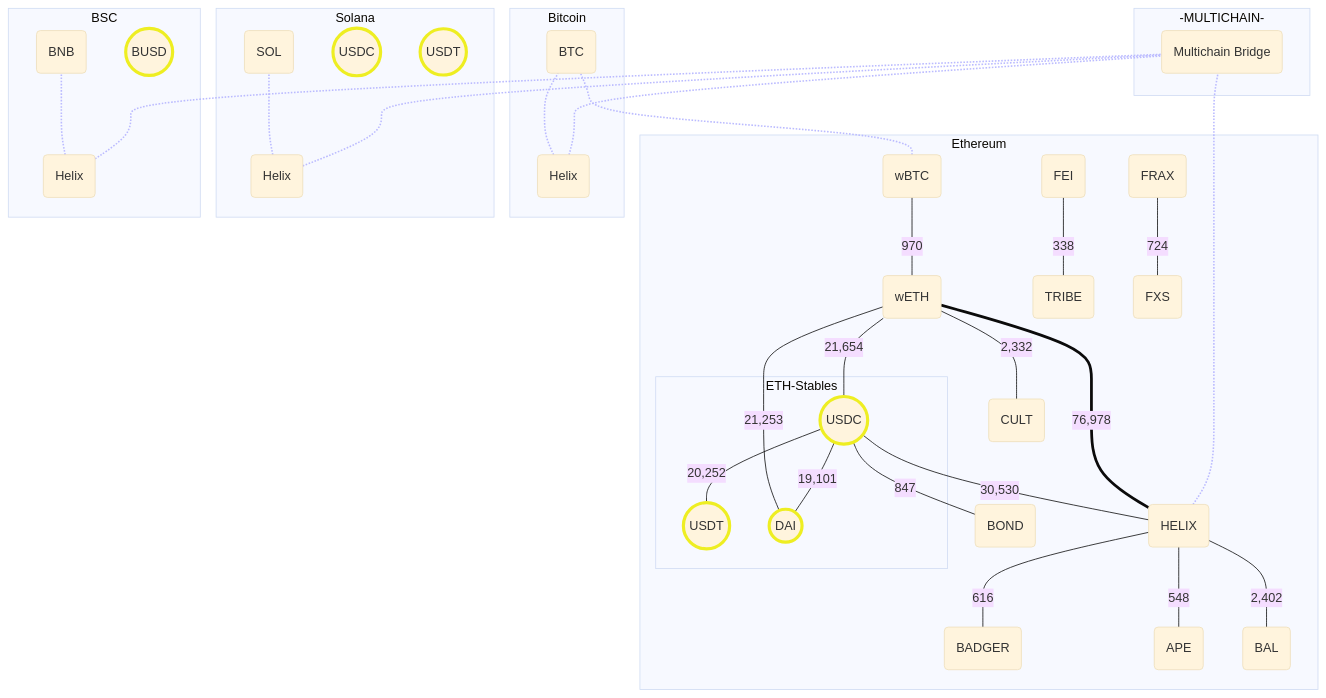
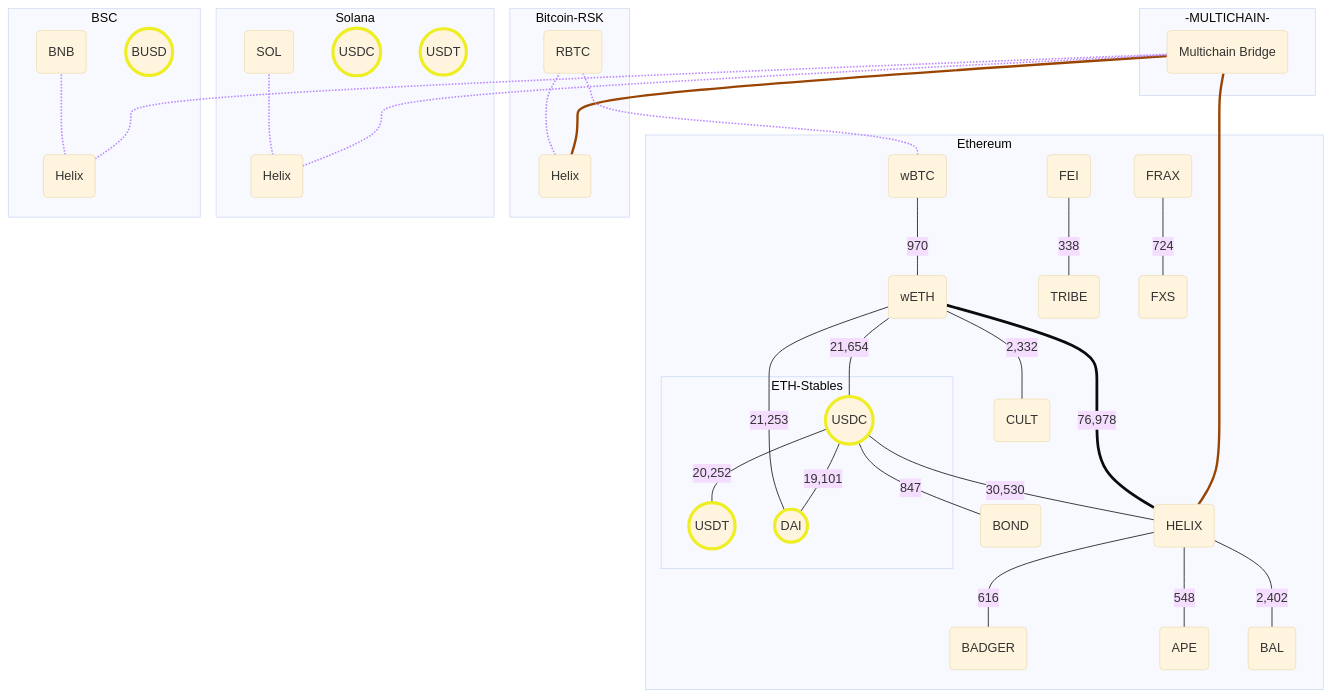
The second of 2 diagrams in helix-finance/liquidity-pools.md (WaggMe/documentation-examples), drawn with Mermaid (base theme) before and after one commit. The commit also changed other lines of this file, not shown here.

````diff
--- a/helix-finance/liquidity-pools.md
+++ b/helix-finance/liquidity-pools.md
@@ -35,75 +39,76 @@
 ```mermaid
 
 flowchart BT
     classDef stable fill:#ggg,stroke:#EE2,stroke-width:4px;
 
-    BTC_Helix -.- MC_SWAP
-    Helix -.- MC_SWAP
+    BTC_Helix --- MC_SWAP
+    Helix --- MC_SWAP
     BSC_Helix -.- MC_SWAP
     SOL_Helix -.- MC_SWAP
 
     wBTC -.- BTC
     SOL_Helix -.- Sol
     BSC_Helix -.- BNB
     BTC_Helix -.- BTC
 
-    linkStyle 0,1,2,3,4,5,6,7 stroke:#BBF,stroke-width:2px;
+    linkStyle 0,1 stroke:#940,stroke-width:3px;
+    linkStyle 2,3,4,5,6,7 stroke:#B8F,stroke-width:2px;
 
     subgraph -MULTICHAIN-
         MC_SWAP(Multichain Bridge)
     end        
 
     subgraph Ethereum
         wETH(wETH)
         wBTC(wBTC)
         Helix(HELIX)
         TRIBE(TRIBE)
         FEI(FEI)
         FXS(FXS)
         FRAX(FRAX)
         BADGER(BADGER)
         APE(APE)
         CULT(CULT)
         BOND(BOND)
         BAL(BAL)
         
         subgraph ETH-Stables
             ETH_USDC((USDC)):::stable
             ETH_USDT((USDT)):::stable
             DAI((DAI)):::stable
         end
 
         Helix === |76,978| wETH
         Helix --- |30,530| ETH_USDC
         DAI --- |19,101| ETH_USDC
         ETH_USDC --- |21,654| wETH
         DAI --- |21,253| wETH
         ETH_USDT --- |20,252| ETH_USDC
         wETH --- |970| wBTC
         TRIBE --- |338| FEI
         FXS --- |724| FRAX
         BADGER --- |616| Helix
         APE --- |548| Helix
         CULT --- |2,332| wETH
         BOND --- |847| ETH_USDC
         BAL --- |2,402| Helix
     end
 
-    subgraph Bitcoin
-        BTC(BTC)
+    subgraph Bitcoin-RSK
+        BTC(RBTC)
         BTC_Helix(Helix)
     end
 
     subgraph Solana
         Sol(SOL)
         SOL_Helix(Helix)
         SOL_USDC((USDC)):::stable
         SOL_USDT((USDT)):::stable
     end
 
     subgraph BSC
         BNB(BNB)
         BSC_Helix(Helix)
         BUSDC((BUSD)):::stable
     end
 ```
````
